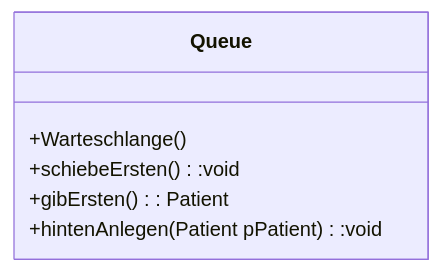
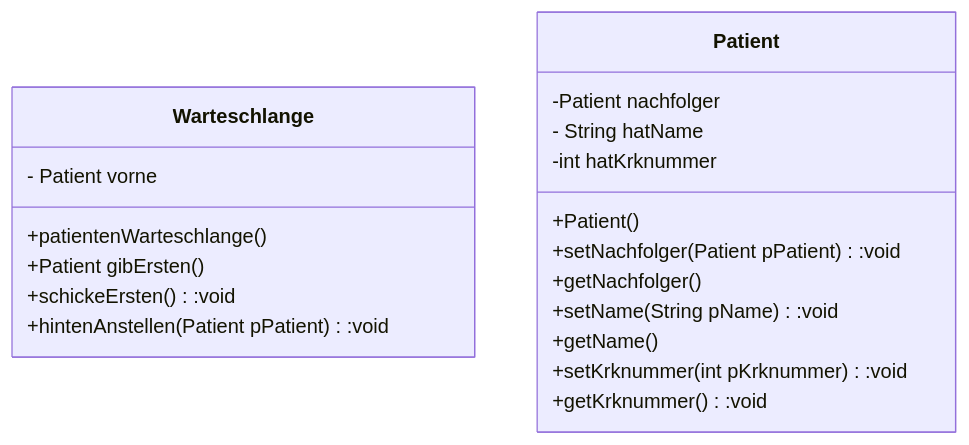
Before and after one commit to rueckertgym/begleitmaterial: the diagram in book/lineareDatenstrukturen/queue/queue_Modellierung.md, drawn with Mermaid. The commit also changed other lines of this file and 1 other file, not shown here.

Commit message:
Update book/lineareDatenstrukturen/queue/queue.md, book/lineareDatenstrukturen/queue/queue_Modellierung.md

````diff
--- a/book/lineareDatenstrukturen/queue/queue_Modellierung.md
+++ b/book/lineareDatenstrukturen/queue/queue_Modellierung.md
@@ -12,9 +16,22 @@
 ```mermaid
 classDiagram
-      class Queue{
-          +Warteschlange()
-          +schiebeErsten():void
-          +gibErsten(): Patient
-          +hintenAnlegen(Patient pPatient):void        
+      class Warteschlange{
+      - Patient vorne
+          +patientenWarteschlange()
+          +Patient gibErsten()
+          +schickeErsten():void
+          +hintenAnstellen(Patient pPatient):void        
         }
+        class Patient{
+        -Patient nachfolger
+        - String hatName
+        -int hatKrknummer
+          +Patient()
+          +setNachfolger(Patient pPatient):void
+          +getNachfolger()
+          +setName(String pName):void
+          +getName()
+          +setKrknummer(int pKrknummer):void
+          +getKrknummer():void
+          }
  ```
````
